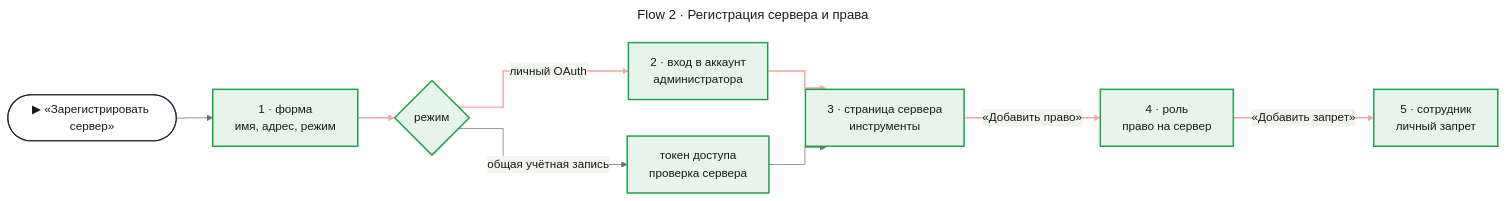
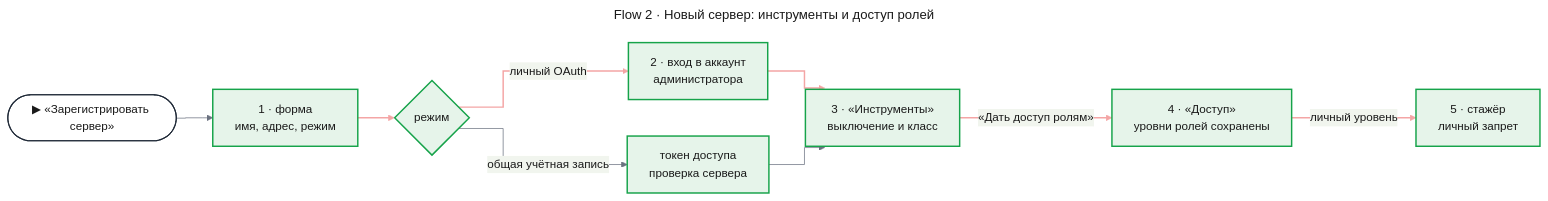
The second of 3 diagrams in docs/features/enterprise-access/uxrd.md (tundraray/agent-os), drawn with Mermaid before and after one commit. The commit also changed other lines of this file and 264 other files, not shown here.

````diff
--- a/docs/features/enterprise-access/uxrd.md
+++ b/docs/features/enterprise-access/uxrd.md
@@ -133,48 +141,48 @@
 ```mermaid
 ---
-title: "Flow 2 · Регистрация сервера и права"
+title: "Flow 2 · Новый сервер: инструменты и доступ ролей"
 config:
   theme: base
   look: classic
   themeVariables:
     primaryColor: "#eef1f5"
     primaryBorderColor: "#4b5563"
     primaryTextColor: "#1a1a1a"
     lineColor: "#6b7280"
   flowchart:
     curve: step
   themeCSS: |
     @keyframes lit_ea2{0%,15%{stroke:#991b1b;stroke-width:6px}16.67%,100%{stroke:#f4a5a5;stroke-width:2px}}
 ---
 flowchart LR
     entry(["▶ «Зарегистрировать сервер»"])
     form["1 · форма<br/>имя, адрес, режим"]
     mode{"режим"}
     shared["токен доступа<br/>проверка сервера"]
     oauth["2 · вход в аккаунт<br/>администратора"]
-    server["3 · страница сервера<br/>инструменты"]
-    role["4 · роль<br/>право на сервер"]
-    person["5 · сотрудник<br/>личный запрет"]
+    server["3 · «Инструменты»<br/>выключение и класс"]
+    role["4 · «Доступ»<br/>уровни ролей сохранены"]
+    person["5 · стажёр<br/>личный запрет"]
     entry --> form
     form e1@--> mode
     mode e2@-->|"личный OAuth"| oauth
     oauth e3@--> server
-    server e4@-->|"«Добавить право»"| role
-    role e5@-->|"«Добавить запрет»"| person
+    server e4@-->|"«Дать доступ ролям»"| role
+    role e5@-->|"личный уровень"| person
     mode -->|"общая учётная запись"| shared
     shared --> server
     classDef entry fill:#ffffff,stroke:#1f2937,stroke-width:1.5px,color:#1a1a1a
     classDef new fill:#e6f4ea,stroke:#16a34a,stroke-width:2px,color:#1a1a1a
     classDef w1 stroke:#f4a5a5,stroke-width:2px,animation:lit_ea2 6s linear 0s infinite
     classDef w2 stroke:#f4a5a5,stroke-width:2px,animation:lit_ea2 6s linear 1.2s infinite
     classDef w3 stroke:#f4a5a5,stroke-width:2px,animation:lit_ea2 6s linear 2.4s infinite
     classDef w4 stroke:#f4a5a5,stroke-width:2px,animation:lit_ea2 6s linear 3.6s infinite
     classDef w5 stroke:#f4a5a5,stroke-width:2px,animation:lit_ea2 6s linear 4.8s infinite
     class entry entry
     class form,mode,shared,oauth,server,role,person new
     class e1 w1
     class e2 w2
     class e3 w3
     class e4 w4
     class e5 w5
 ```
````
